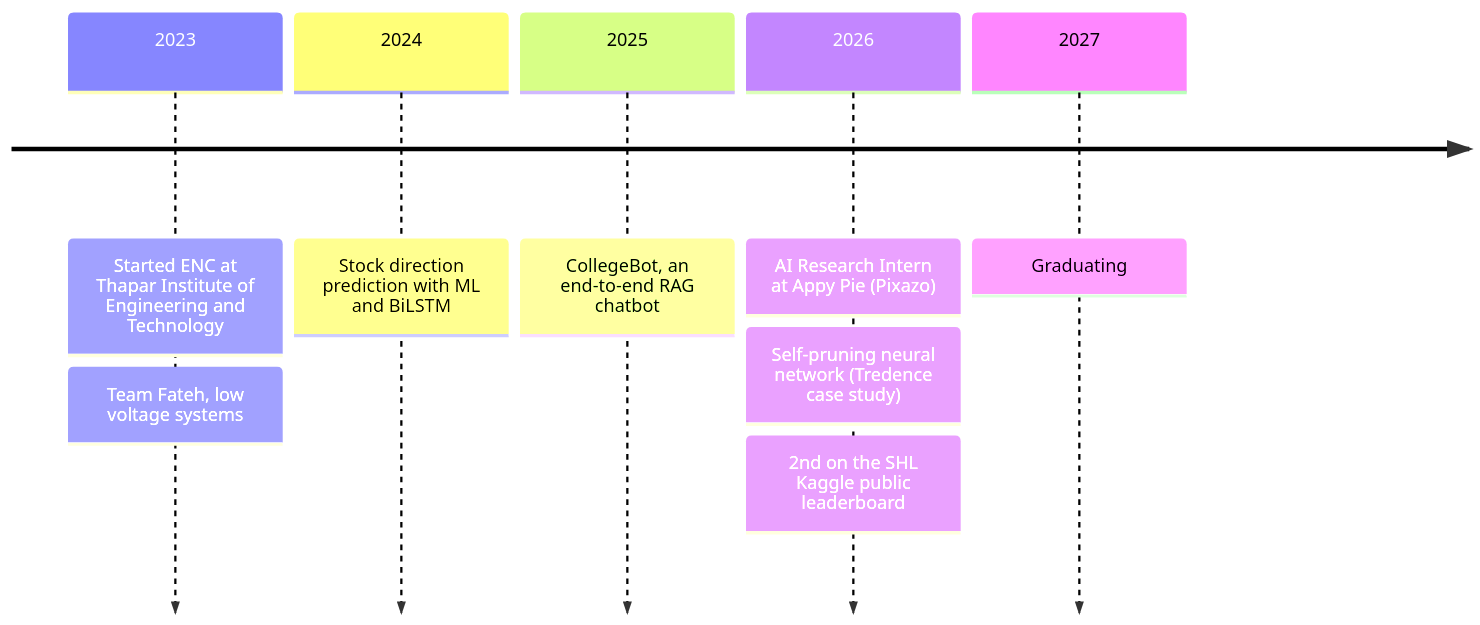
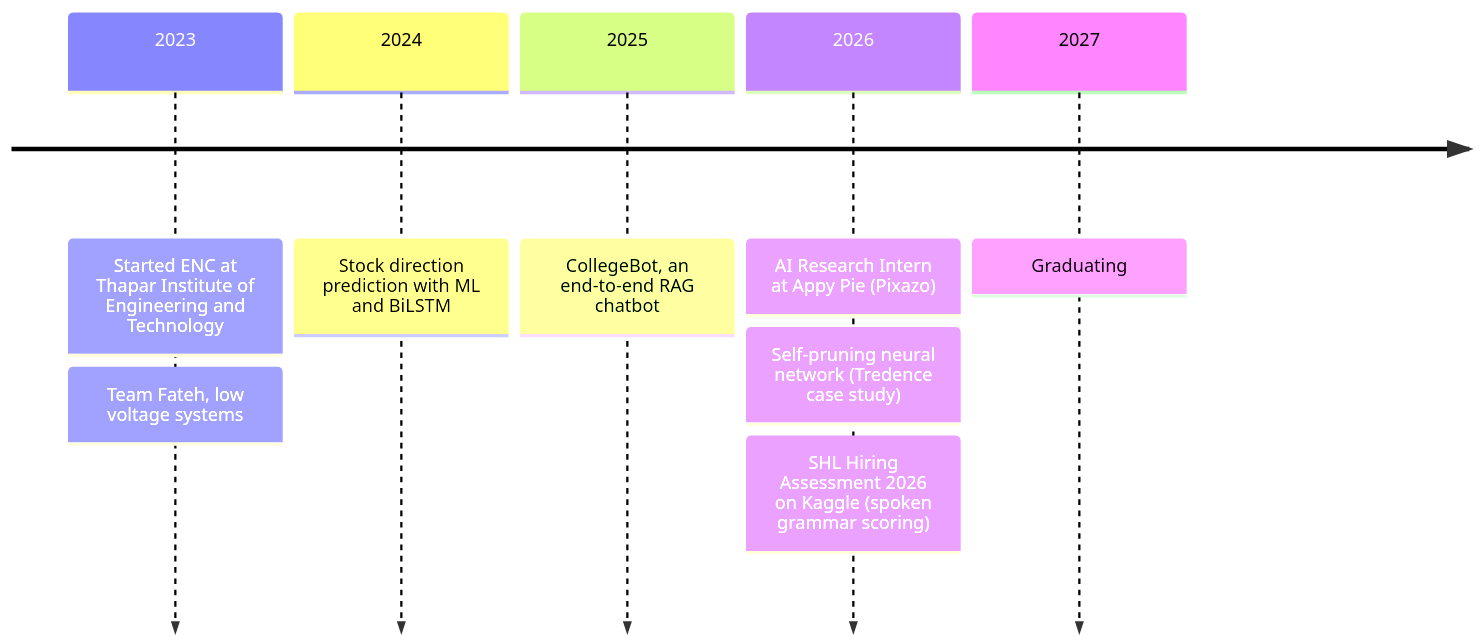
The diagram in README.md (Techy-A/Techy-A), drawn with Mermaid before and after one commit. The commit also changed other lines of this file and 2 other files, not shown here.

````diff
--- a/README.md
+++ b/README.md
@@ -42,11 +42,11 @@
 ```mermaid
 timeline
     2023 : Started ENC at Thapar Institute of Engineering and Technology
          : Team Fateh, low voltage systems
     2024 : Stock direction prediction with ML and BiLSTM
     2025 : CollegeBot, an end-to-end RAG chatbot
     2026 : AI Research Intern at Appy Pie (Pixazo)
          : Self-pruning neural network (Tredence case study)
-         : 2nd on the SHL Kaggle public leaderboard
+         : SHL Hiring Assessment 2026 on Kaggle (spoken grammar scoring)
     2027 : Graduating
 ```
````
